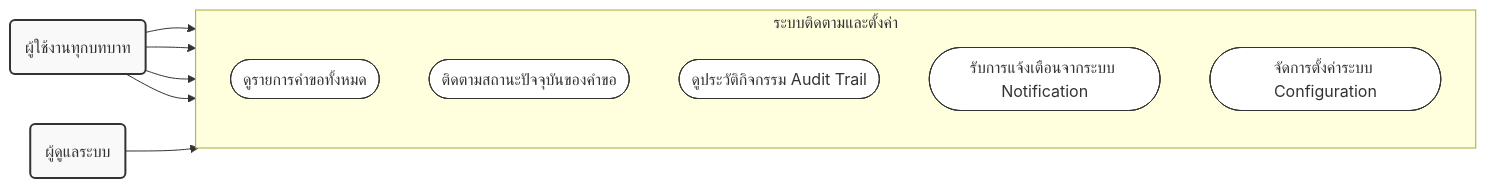
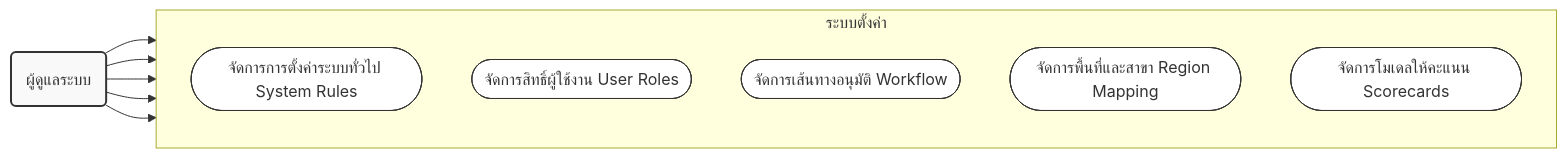
One commit to JinnawatJid/iNsightDocs changed the sixth of 6 diagrams in docs/presentations/use_case_diagram.md. Above: the diagram before and after it, drawn with Mermaid. The commit also changed other lines of this file, not shown here.

Commit message:
docs: update tracking and config subsystem to focus solely on config
- Renamed Sub-system 5 to "System Configuration" (ระบบตั้งค่า).
- Removed all Tracking-related use cases and the "All Actors" node based on user feedback.
- Expanded the Admin configuration use cases to accurately reflect the actual codebase structure (System Rules, User Roles, Workflow, Region Mapping, Scorecards).

````diff
--- a/docs/presentations/use_case_diagram.md
+++ b/docs/presentations/use_case_diagram.md
@@ -229,24 +232,22 @@
 ```mermaid
 flowchart LR
     classDef actorStyle fill:#f9f9f9,stroke:#333,stroke-width:2px;
     classDef useCaseStyle fill:#fff,stroke:#333,stroke-width:1px;
 
-    AllActors(ผู้ใช้งานทุกบทบาท):::actorStyle
     Admin(ผู้ดูแลระบบ):::actorStyle
 
-    subgraph TrackConfigSystem [ระบบติดตามและตั้งค่า]
+    subgraph ConfigSystem [ระบบตั้งค่า]
         direction TB
-        UC1([ดูรายการคำขอทั้งหมด]):::useCaseStyle
-        UC2([ติดตามสถานะปัจจุบันของคำขอ]):::useCaseStyle
-        UC3([ดูประวัติกิจกรรม Audit Trail]):::useCaseStyle
-        UC4([รับการแจ้งเตือนจากระบบ Notification]):::useCaseStyle
-        UC5([จัดการตั้งค่าระบบ Configuration]):::useCaseStyle
+        UC1([จัดการการตั้งค่าระบบทั่วไป System Rules]):::useCaseStyle
+        UC2([จัดการสิทธิ์ผู้ใช้งาน User Roles]):::useCaseStyle
+        UC3([จัดการเส้นทางอนุมัติ Workflow]):::useCaseStyle
+        UC4([จัดการพื้นที่และสาขา Region Mapping]):::useCaseStyle
+        UC5([จัดการโมเดลให้คะแนน Scorecards]):::useCaseStyle
     end
 
-    AllActors --> UC1
-    AllActors --> UC2
-    AllActors --> UC4
-    AllActors --> UC3
-
+    Admin --> UC1
+    Admin --> UC2
+    Admin --> UC3
+    Admin --> UC4
     Admin --> UC5
 ```
````
